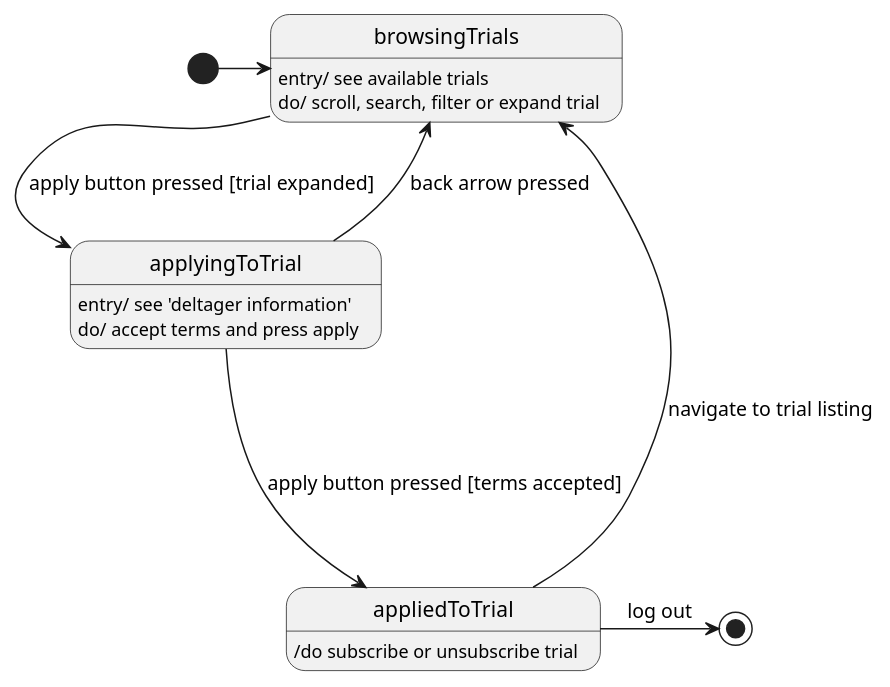
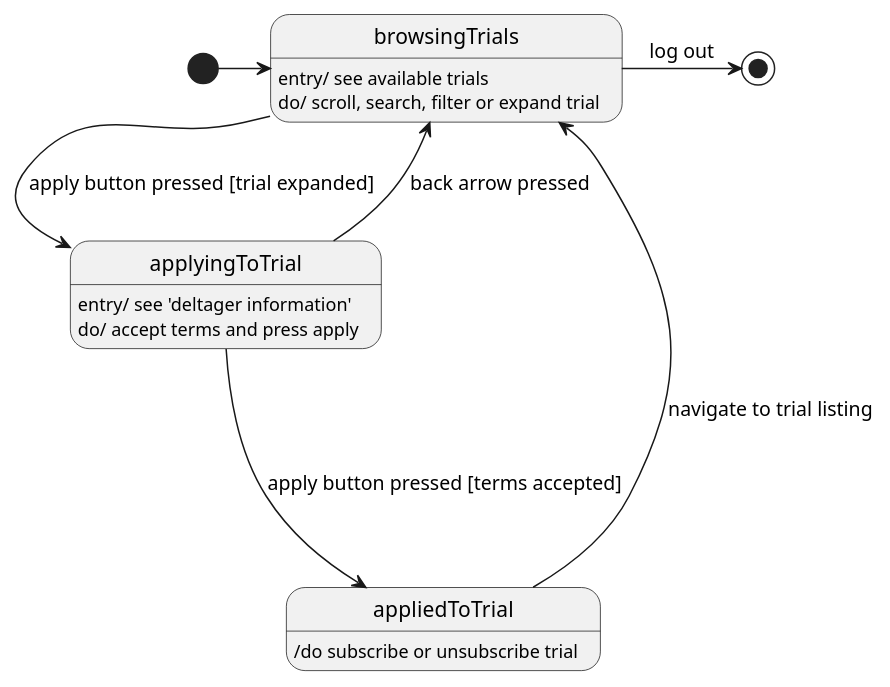
Before and after one commit to MarkBidstrup/PB1: the diagram in PB1ProbeApplication/UML/TrialParticipantStateMachine.puml, drawn with PlantUML.

Commit message:
edit in TP SM

```diff
--- a/PB1ProbeApplication/UML/TrialParticipantStateMachine.puml
+++ b/PB1ProbeApplication/UML/TrialParticipantStateMachine.puml
@@ -1,17 +1,17 @@
 @startuml
 'https://plantuml.com/state-diagram
 
 [*] -> browsingTrials
 browsingTrials --> applyingToTrial : apply button pressed [trial expanded]
 applyingToTrial --> appliedToTrial : apply button pressed [terms accepted]
 applyingToTrial -> browsingTrials : back arrow pressed
 appliedToTrial ----> browsingTrials : navigate to trial listing
-appliedToTrial -> [*] : log out
+browsingTrials -> [*] : log out
 
 state browsingTrials : entry/ see available trials\ndo/ scroll, search, filter or expand trial
 
 state applyingToTrial : entry/ see 'deltager information'\ndo/ accept terms and press apply
 
 state appliedToTrial : /do subscribe or unsubscribe trial
 
 @enduml
```
